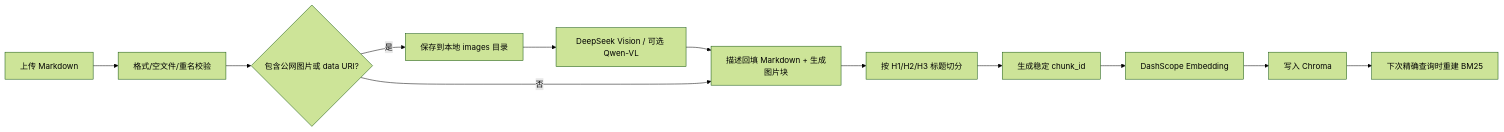
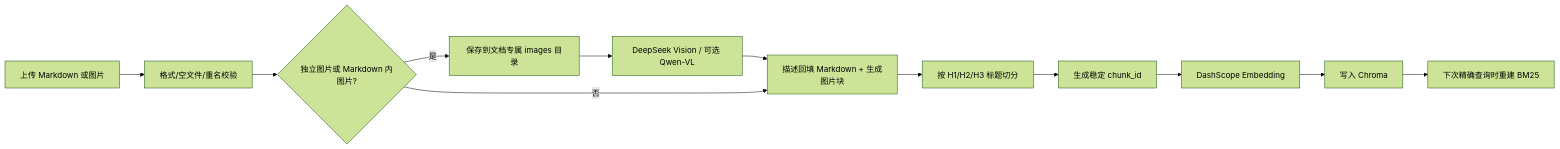
The second of 2 diagrams in README.md (yuyuyuoo55/Personal_Notes_Review_Assistant), drawn with Mermaid (forest theme) before and after one commit. The commit also changed other lines of this file and 12 other files, not shown here.

First line of the commit message:
﻿feat(mm): 支持单独上传图片当笔记入库 + 分层目录

````diff
--- a/README.md
+++ b/README.md
@@ -61,14 +61,14 @@
 ```mermaid
 flowchart LR
-    A[上传 Markdown] --> B[格式/空文件/重名校验]
-    B --> IMG{包含公网图片或 data URI?}
-    IMG -->|是| LOCAL[保存到本地 images 目录]
+    A[上传 Markdown 或图片] --> B[格式/空文件/重名校验]
+    B --> IMG{独立图片或 Markdown 内图片?}
+    IMG -->|是| LOCAL[保存到文档专属 images 目录]
     LOCAL --> VLM[DeepSeek Vision / 可选 Qwen-VL]
     VLM --> C[描述回填 Markdown + 生成图片块]
     IMG -->|否| C
     C --> H[按 H1/H2/H3 标题切分]
     H --> D[生成稳定 chunk_id]
     D --> E[DashScope Embedding]
     E --> F[写入 Chroma]
     F --> G[下次精确查询时重建 BM25]
 ```
````
